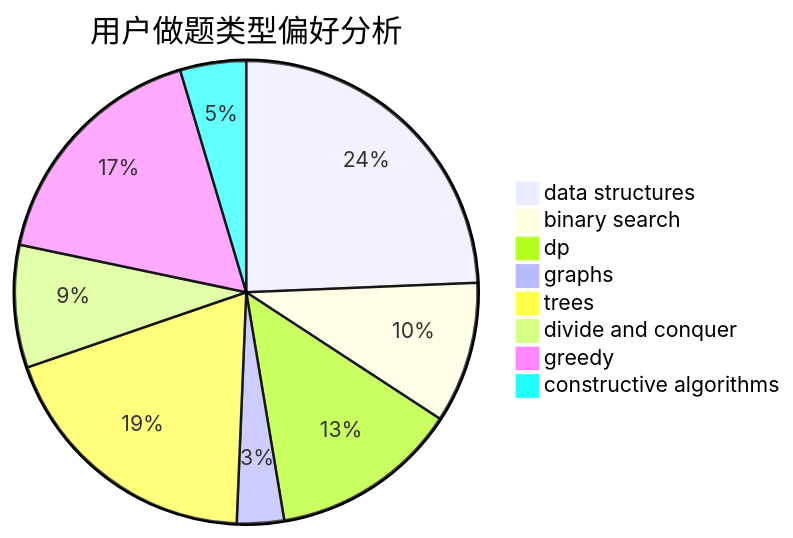
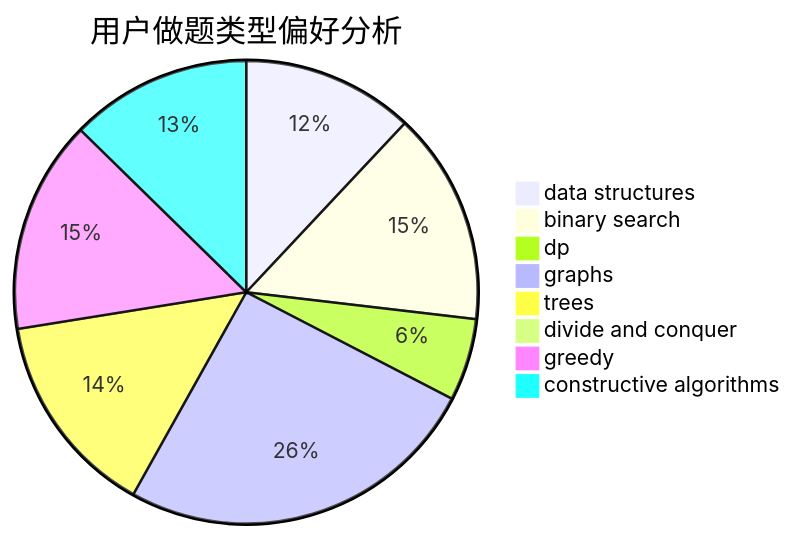
Before and after one commit to sherpahu/cfrs.github.io: the second of 3 diagrams in docs/user/u182.md, drawn with Mermaid. The commit also changed other lines of this file and 2770 other files, not shown here.

````diff
--- a/docs/user/u182.md
+++ b/docs/user/u182.md
@@ -23,11 +23,11 @@
 ```mermaid
 pie title 用户做题类型偏好分析
-    "data structures" :  37
-    "binary search" :  15
-    "dp" :  20
-    "graphs" :  5
-    "trees" :  29
-    "divide and conquer" :  13
-    "greedy" :  26
-    "constructive algorithms" :  7
+    "data structures" :  71
+    "binary search" :  88
+    "dp" :  34
+    "graphs" :  151
+    "trees" :  85
+    "divide and conquer" :  0
+    "greedy" :  88
+    "constructive algorithms" :  75
 ```
````
